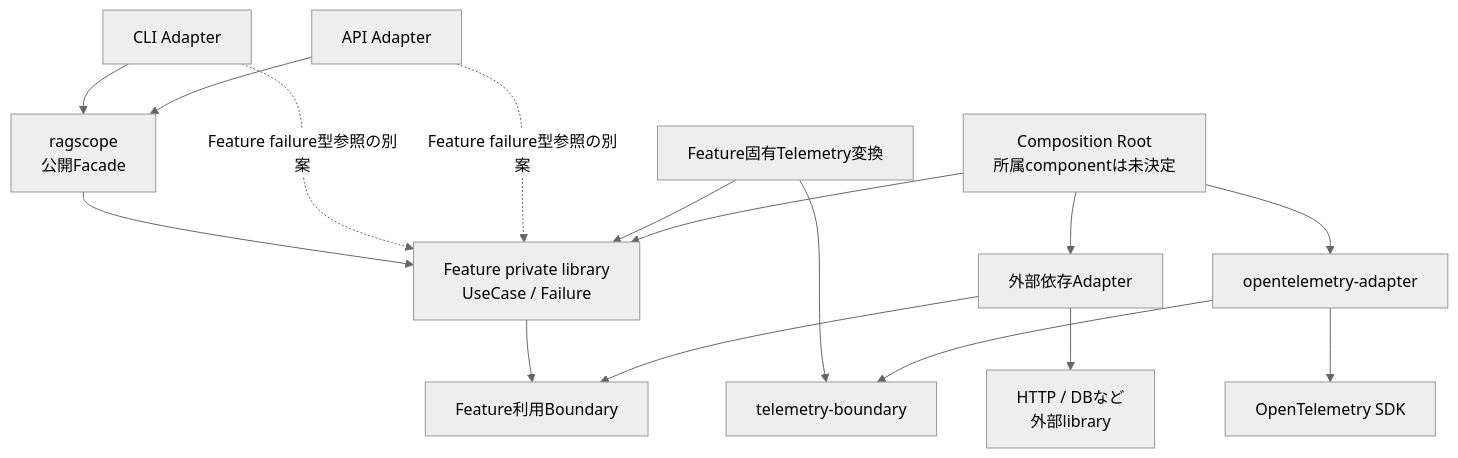
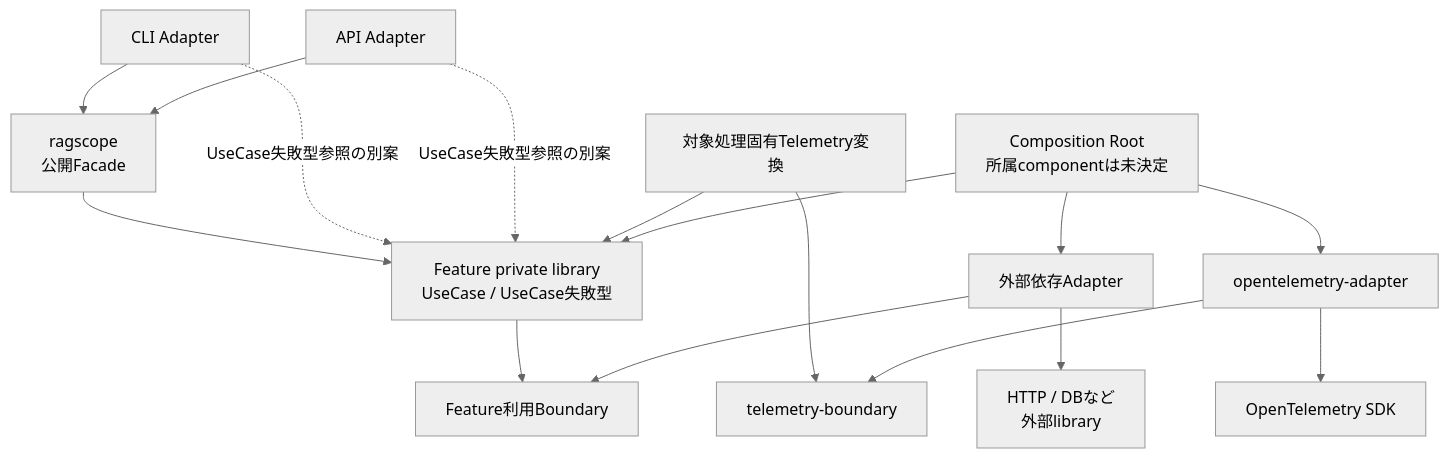
Before and after one commit to takashit16833/Workbench: the sixth of 7 diagrams in Notes/RAGScope/RAGScopeアプリケーション/RS-0024 失敗型と利用境界への変換設計メモ.md, drawn with Mermaid (neutral theme). The commit also changed other lines of this file, not shown here.

````diff
--- a/Notes/RAGScope/RAGScopeアプリケーション/RS-0024 失敗型と利用境界への変換設計メモ.md
+++ b/Notes/RAGScope/RAGScopeアプリケーション/RS-0024 失敗型と利用境界への変換設計メモ.md
@@ -459,35 +459,35 @@
 ```mermaid
 flowchart TB
     CLI["CLI Adapter"]
     API["API Adapter"]
     FACADE["ragscope<br>公開Facade"]
-    FEATURE["Feature private library<br>UseCase / Failure"]
+    FEATURE["Feature private library<br>UseCase / UseCase失敗型"]
     PORT["Feature利用Boundary"]
     EXTADAPTER["外部依存Adapter"]
     EXTLIB["HTTP / DBなど<br>外部library"]
-    TELMAP["Feature固有Telemetry変換"]
+    TELMAP["対象処理固有Telemetry変換"]
     TEL["telemetry-boundary"]
     OTEL["opentelemetry-adapter"]
     SDK["OpenTelemetry SDK"]
     COMPOSITION["Composition Root<br>所属componentは未決定"]
 
     CLI --> FACADE
     API --> FACADE
     FACADE --> FEATURE
 
-    CLI -. "Feature failure型参照の別案" .-> FEATURE
-    API -. "Feature failure型参照の別案" .-> FEATURE
+    CLI -. "UseCase失敗型参照の別案" .-> FEATURE
+    API -. "UseCase失敗型参照の別案" .-> FEATURE
 
     FEATURE --> PORT
     EXTADAPTER --> PORT
     EXTADAPTER --> EXTLIB
 
     TELMAP --> FEATURE
     TELMAP --> TEL
     OTEL --> TEL
     OTEL --> SDK
 
     COMPOSITION --> FEATURE
     COMPOSITION --> EXTADAPTER
     COMPOSITION --> OTEL
 ```
````
